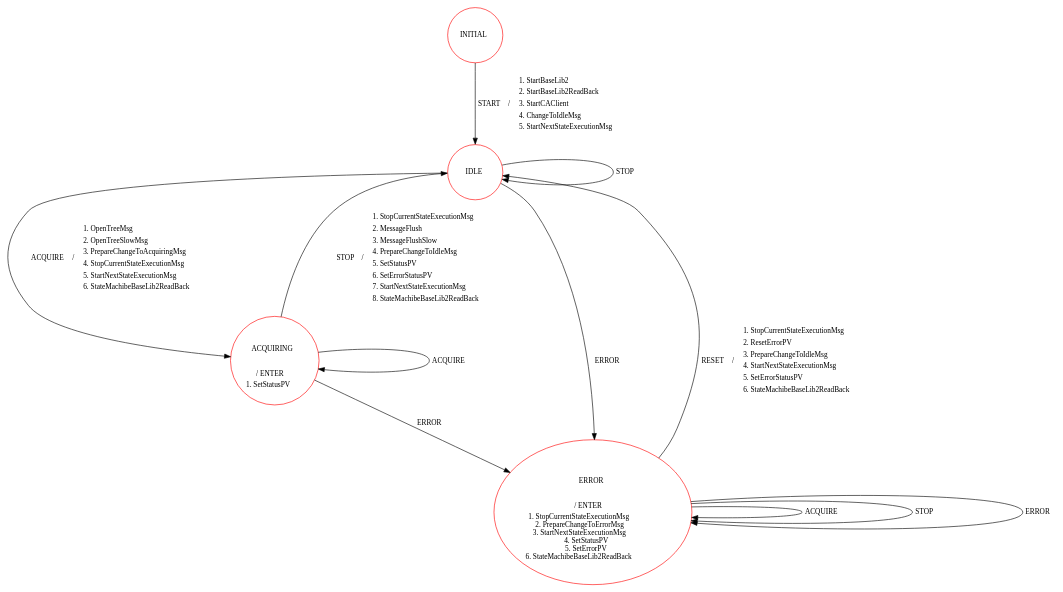
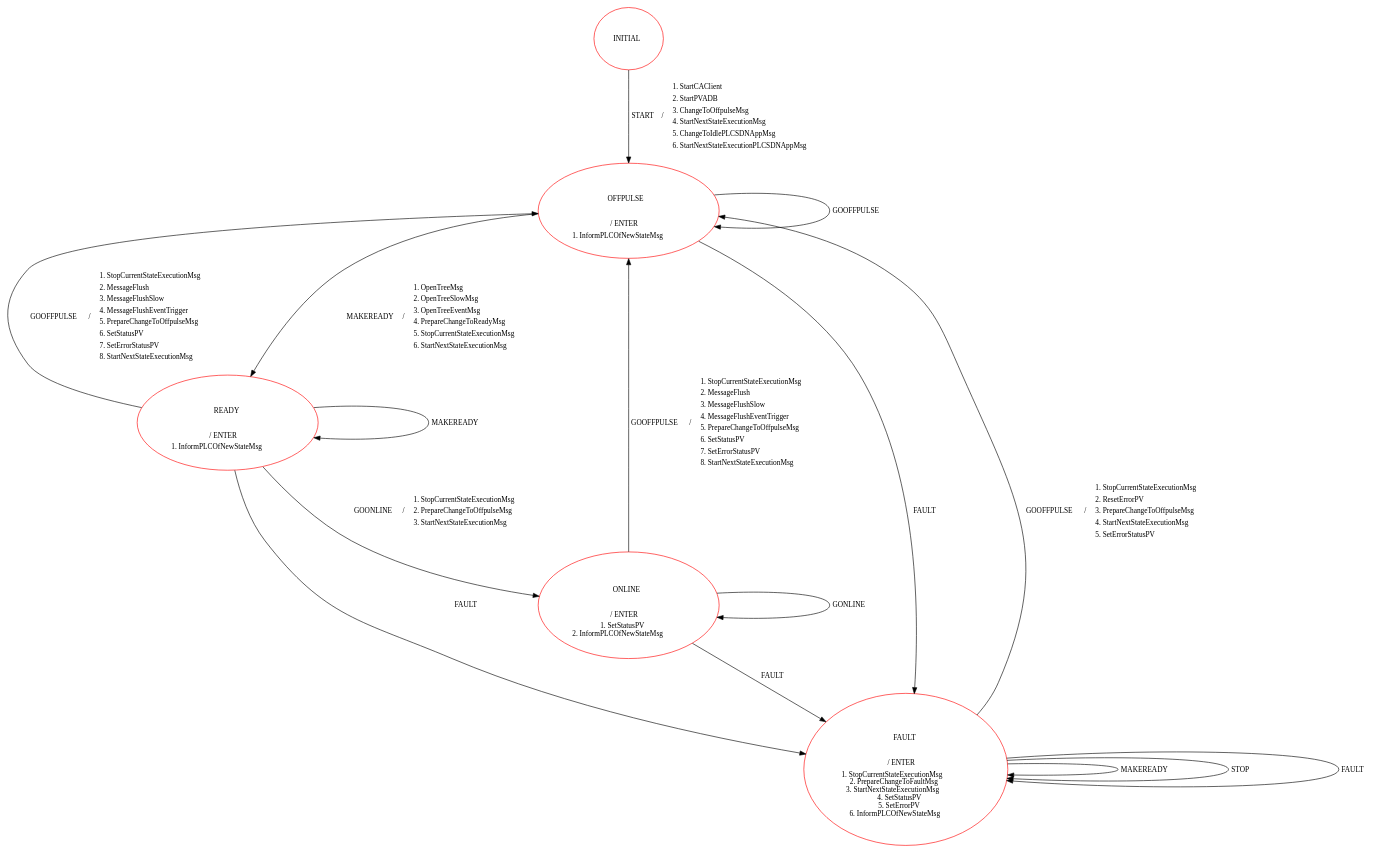
The diagram in Documentation/Images/FalconFastControlStateMachine.gv (aneto0/Fast-Control-Falcon), drawn with Graphviz before and after one commit. The commit also changed 36 other files, not shown here.

```diff
--- a/Documentation/Images/FalconFastControlStateMachine.gv
+++ b/Documentation/Images/FalconFastControlStateMachine.gv
@@ -1,19 +1,24 @@
 digraph G {
 rankdir=TD
 nodesep=2.5
-"INITIAL" [margin=0, style=filled, fillcolor=white, color=red,label=<<TABLE border="0" cellborder="0"><TR><TD width="60" height="60"><font point-size="12">INITIAL</font></TD></TR></TABLE>>]
-"IDLE" [margin=0, style=filled, fillcolor=white, color=red,label=<<TABLE border="0" cellborder="0"><TR><TD width="60" height="60"><font point-size="12">IDLE</font></TD></TR></TABLE>>]
-"ACQUIRING" [margin=0, style=filled, fillcolor=white, color=red,label=<<TABLE border="0" cellborder="0"><TR><TD width="60" height="60"><font point-size="12">ACQUIRING</font></TD></TR><TR><TD><font point-size="12"> / ENTER </font></TD></TR><TR><TD><font point-size="12">1. SetStatusPV <BR/></font></TD></TR></TABLE>>]
-"ERROR" [margin=0, style=filled, fillcolor=white, color=red,label=<<TABLE border="0" cellborder="0"><TR><TD width="60" height="60"><font point-size="12">ERROR</font></TD></TR><TR><TD><font point-size="12"> / ENTER </font></TD></TR><TR><TD><font point-size="12">1. StopCurrentStateExecutionMsg <BR/>2. PrepareChangeToErrorMsg <BR/>3. StartNextStateExecutionMsg <BR/>4. SetStatusPV <BR/>5. SetErrorPV <BR/>6. StateMachibeBaseLib2ReadBack <BR/></font></TD></TR></TABLE>>]
-"INITIAL"->"IDLE" [label= <<TABLE border="0" cellborder="0"><TR><TD ROWSPAN="5"><font point-size="12">START</font></TD><TD ALIGN="CENTER" ROWSPAN="5"><font point-size="12"> / </font></TD><TD ALIGN="LEFT"><font point-size="12">1. StartBaseLib2 </font></TD></TR><TR><TD ALIGN="LEFT"><font point-size="12">2. StartBaseLib2ReadBack </font></TD></TR><TR><TD ALIGN="LEFT"><font point-size="12">3. StartCAClient </font></TD></TR><TR><TD ALIGN="LEFT"><font point-size="12">4. ChangeToIdleMsg </font></TD></TR><TR><TD ALIGN="LEFT"><font point-size="12">5. StartNextStateExecutionMsg </font></TD></TR></TABLE>>]
-"IDLE"->"ACQUIRING" [label= <<TABLE border="0" cellborder="0"><TR><TD ROWSPAN="6"><font point-size="12">ACQUIRE</font></TD><TD ALIGN="CENTER" ROWSPAN="6"><font point-size="12"> / </font></TD><TD ALIGN="LEFT"><font point-size="12">1. OpenTreeMsg </font></TD></TR><TR><TD ALIGN="LEFT"><font point-size="12">2. OpenTreeSlowMsg </font></TD></TR><TR><TD ALIGN="LEFT"><font point-size="12">3. PrepareChangeToAcquiringMsg </font></TD></TR><TR><TD ALIGN="LEFT"><font point-size="12">4. StopCurrentStateExecutionMsg </font></TD></TR><TR><TD ALIGN="LEFT"><font point-size="12">5. StartNextStateExecutionMsg </font></TD></TR><TR><TD ALIGN="LEFT"><font point-size="12">6. StateMachibeBaseLib2ReadBack </font></TD></TR></TABLE>>]
-"IDLE"->"IDLE" [label= <<TABLE border="0" cellborder="0"><TR><TD><font point-size="12">STOP</font></TD></TR></TABLE>>]
-"IDLE"->"ERROR" [label= <<TABLE border="0" cellborder="0"><TR><TD><font point-size="12">ERROR</font></TD></TR></TABLE>>]
-"ACQUIRING"->"ERROR" [label= <<TABLE border="0" cellborder="0"><TR><TD><font point-size="12">ERROR</font></TD></TR></TABLE>>]
-"ACQUIRING"->"IDLE" [label= <<TABLE border="0" cellborder="0"><TR><TD ROWSPAN="8"><font point-size="12">STOP</font></TD><TD ALIGN="CENTER" ROWSPAN="8"><font point-size="12"> / </font></TD><TD ALIGN="LEFT"><font point-size="12">1. StopCurrentStateExecutionMsg </font></TD></TR><TR><TD ALIGN="LEFT"><font point-size="12">2. MessageFlush </font></TD></TR><TR><TD ALIGN="LEFT"><font point-size="12">3. MessageFlushSlow </font></TD></TR><TR><TD ALIGN="LEFT"><font point-size="12">4. PrepareChangeToIdleMsg </font></TD></TR><TR><TD ALIGN="LEFT"><font point-size="12">5. SetStatusPV </font></TD></TR><TR><TD ALIGN="LEFT"><font point-size="12">6. SetErrorStatusPV </font></TD></TR><TR><TD ALIGN="LEFT"><font point-size="12">7. StartNextStateExecutionMsg </font></TD></TR><TR><TD ALIGN="LEFT"><font point-size="12">8. StateMachibeBaseLib2ReadBack </font></TD></TR></TABLE>>]
-"ACQUIRING"->"ACQUIRING" [label= <<TABLE border="0" cellborder="0"><TR><TD><font point-size="12">ACQUIRE</font></TD></TR></TABLE>>]
-"ERROR"->"IDLE" [label= <<TABLE border="0" cellborder="0"><TR><TD ROWSPAN="6"><font point-size="12">RESET</font></TD><TD ALIGN="CENTER" ROWSPAN="6"><font point-size="12"> / </font></TD><TD ALIGN="LEFT"><font point-size="12">1. StopCurrentStateExecutionMsg </font></TD></TR><TR><TD ALIGN="LEFT"><font point-size="12">2. ResetErrorPV </font></TD></TR><TR><TD ALIGN="LEFT"><font point-size="12">3. PrepareChangeToIdleMsg </font></TD></TR><TR><TD ALIGN="LEFT"><font point-size="12">4. StartNextStateExecutionMsg </font></TD></TR><TR><TD ALIGN="LEFT"><font point-size="12">5. SetErrorStatusPV </font></TD></TR><TR><TD ALIGN="LEFT"><font point-size="12">6. StateMachibeBaseLib2ReadBack </font></TD></TR></TABLE>>]
-"ERROR"->"ERROR" [label= <<TABLE border="0" cellborder="0"><TR><TD><font point-size="12">ACQUIRE</font></TD></TR></TABLE>>]
-"ERROR"->"ERROR" [label= <<TABLE border="0" cellborder="0"><TR><TD><font point-size="12">STOP</font></TD></TR></TABLE>>]
-"ERROR"->"ERROR" [label= <<TABLE border="0" cellborder="0"><TR><TD><font point-size="12">ERROR</font></TD></TR></TABLE>>]
+"INITIAL" [style=filled, fillcolor=white, color=red,label=<<TABLE border="0" cellborder="0"><TR><TD width="60" height="60"><font point-size="12">INITIAL</font></TD></TR></TABLE>>]
+"OFFPULSE" [style=filled, fillcolor=white, color=red,label=<<TABLE border="0" cellborder="0"><TR><TD width="60" height="60"><font point-size="12">OFFPULSE</font></TD></TR><TR><TD><font point-size="12"> / ENTER </font></TD></TR><TR><TD><font point-size="12">1. InformPLCOfNewStateMsg <BR/></font></TD></TR></TABLE>>]
+"READY" [style=filled, fillcolor=white, color=red,label=<<TABLE border="0" cellborder="0"><TR><TD width="60" height="60"><font point-size="12">READY</font></TD></TR><TR><TD><font point-size="12"> / ENTER </font></TD></TR><TR><TD><font point-size="12">1. InformPLCOfNewStateMsg <BR/></font></TD></TR></TABLE>>]
+"ONLINE" [style=filled, fillcolor=white, color=red,label=<<TABLE border="0" cellborder="0"><TR><TD width="60" height="60"><font point-size="12">ONLINE</font></TD></TR><TR><TD><font point-size="12"> / ENTER </font></TD></TR><TR><TD><font point-size="12">1. SetStatusPV <BR/>2. InformPLCOfNewStateMsg <BR/></font></TD></TR></TABLE>>]
+"FAULT" [style=filled, fillcolor=white, color=red,label=<<TABLE border="0" cellborder="0"><TR><TD width="60" height="60"><font point-size="12">FAULT</font></TD></TR><TR><TD><font point-size="12"> / ENTER </font></TD></TR><TR><TD><font point-size="12">1. StopCurrentStateExecutionMsg <BR/>2. PrepareChangeToFaultMsg <BR/>3. StartNextStateExecutionMsg <BR/>4. SetStatusPV <BR/>5. SetErrorPV <BR/>6. InformPLCOfNewStateMsg <BR/></font></TD></TR></TABLE>>]
+"INITIAL"->"OFFPULSE" [label= <<TABLE border="0" cellborder="0"><TR><TD ROWSPAN="6"><font point-size="12">START</font></TD><TD ALIGN="CENTER" ROWSPAN="6"><font point-size="12"> / </font></TD><TD ALIGN="LEFT"><font point-size="12">1. StartCAClient </font></TD></TR><TR><TD ALIGN="LEFT"><font point-size="12">2. StartPVADB </font></TD></TR><TR><TD ALIGN="LEFT"><font point-size="12">3. ChangeToOffpulseMsg </font></TD></TR><TR><TD ALIGN="LEFT"><font point-size="12">4. StartNextStateExecutionMsg </font></TD></TR><TR><TD ALIGN="LEFT"><font point-size="12">5. ChangeToIdlePLCSDNAppMsg </font></TD></TR><TR><TD ALIGN="LEFT"><font point-size="12">6. StartNextStateExecutionPLCSDNAppMsg </font></TD></TR></TABLE>>]
+"OFFPULSE"->"READY" [label= <<TABLE border="0" cellborder="0"><TR><TD ROWSPAN="6"><font point-size="12">MAKEREADY</font></TD><TD ALIGN="CENTER" ROWSPAN="6"><font point-size="12"> / </font></TD><TD ALIGN="LEFT"><font point-size="12">1. OpenTreeMsg </font></TD></TR><TR><TD ALIGN="LEFT"><font point-size="12">2. OpenTreeSlowMsg </font></TD></TR><TR><TD ALIGN="LEFT"><font point-size="12">3. OpenTreeEventMsg </font></TD></TR><TR><TD ALIGN="LEFT"><font point-size="12">4. PrepareChangeToReadyMsg </font></TD></TR><TR><TD ALIGN="LEFT"><font point-size="12">5. StopCurrentStateExecutionMsg </font></TD></TR><TR><TD ALIGN="LEFT"><font point-size="12">6. StartNextStateExecutionMsg </font></TD></TR></TABLE>>]
+"OFFPULSE"->"OFFPULSE" [label= <<TABLE border="0" cellborder="0"><TR><TD><font point-size="12">GOOFFPULSE</font></TD></TR></TABLE>>]
+"OFFPULSE"->"FAULT" [label= <<TABLE border="0" cellborder="0"><TR><TD><font point-size="12">FAULT</font></TD></TR></TABLE>>]
+"READY"->"FAULT" [label= <<TABLE border="0" cellborder="0"><TR><TD><font point-size="12">FAULT</font></TD></TR></TABLE>>]
+"READY"->"ONLINE" [label= <<TABLE border="0" cellborder="0"><TR><TD ROWSPAN="3"><font point-size="12">GOONLINE</font></TD><TD ALIGN="CENTER" ROWSPAN="3"><font point-size="12"> / </font></TD><TD ALIGN="LEFT"><font point-size="12">1. StopCurrentStateExecutionMsg </font></TD></TR><TR><TD ALIGN="LEFT"><font point-size="12">2. PrepareChangeToOffpulseMsg </font></TD></TR><TR><TD ALIGN="LEFT"><font point-size="12">3. StartNextStateExecutionMsg </font></TD></TR></TABLE>>]
+"READY"->"OFFPULSE" [label= <<TABLE border="0" cellborder="0"><TR><TD ROWSPAN="8"><font point-size="12">GOOFFPULSE</font></TD><TD ALIGN="CENTER" ROWSPAN="8"><font point-size="12"> / </font></TD><TD ALIGN="LEFT"><font point-size="12">1. StopCurrentStateExecutionMsg </font></TD></TR><TR><TD ALIGN="LEFT"><font point-size="12">2. MessageFlush </font></TD></TR><TR><TD ALIGN="LEFT"><font point-size="12">3. MessageFlushSlow </font></TD></TR><TR><TD ALIGN="LEFT"><font point-size="12">4. MessageFlushEventTrigger </font></TD></TR><TR><TD ALIGN="LEFT"><font point-size="12">5. PrepareChangeToOffpulseMsg </font></TD></TR><TR><TD ALIGN="LEFT"><font point-size="12">6. SetStatusPV </font></TD></TR><TR><TD ALIGN="LEFT"><font point-size="12">7. SetErrorStatusPV </font></TD></TR><TR><TD ALIGN="LEFT"><font point-size="12">8. StartNextStateExecutionMsg </font></TD></TR></TABLE>>]
+"READY"->"READY" [label= <<TABLE border="0" cellborder="0"><TR><TD><font point-size="12">MAKEREADY</font></TD></TR></TABLE>>]
+"ONLINE"->"FAULT" [label= <<TABLE border="0" cellborder="0"><TR><TD><font point-size="12">FAULT</font></TD></TR></TABLE>>]
+"ONLINE"->"OFFPULSE" [label= <<TABLE border="0" cellborder="0"><TR><TD ROWSPAN="8"><font point-size="12">GOOFFPULSE</font></TD><TD ALIGN="CENTER" ROWSPAN="8"><font point-size="12"> / </font></TD><TD ALIGN="LEFT"><font point-size="12">1. StopCurrentStateExecutionMsg </font></TD></TR><TR><TD ALIGN="LEFT"><font point-size="12">2. MessageFlush </font></TD></TR><TR><TD ALIGN="LEFT"><font point-size="12">3. MessageFlushSlow </font></TD></TR><TR><TD ALIGN="LEFT"><font point-size="12">4. MessageFlushEventTrigger </font></TD></TR><TR><TD ALIGN="LEFT"><font point-size="12">5. PrepareChangeToOffpulseMsg </font></TD></TR><TR><TD ALIGN="LEFT"><font point-size="12">6. SetStatusPV </font></TD></TR><TR><TD ALIGN="LEFT"><font point-size="12">7. SetErrorStatusPV </font></TD></TR><TR><TD ALIGN="LEFT"><font point-size="12">8. StartNextStateExecutionMsg </font></TD></TR></TABLE>>]
+"ONLINE"->"ONLINE" [label= <<TABLE border="0" cellborder="0"><TR><TD><font point-size="12">GONLINE</font></TD></TR></TABLE>>]
+"FAULT"->"OFFPULSE" [label= <<TABLE border="0" cellborder="0"><TR><TD ROWSPAN="5"><font point-size="12">GOOFFPULSE</font></TD><TD ALIGN="CENTER" ROWSPAN="5"><font point-size="12"> / </font></TD><TD ALIGN="LEFT"><font point-size="12">1. StopCurrentStateExecutionMsg </font></TD></TR><TR><TD ALIGN="LEFT"><font point-size="12">2. ResetErrorPV </font></TD></TR><TR><TD ALIGN="LEFT"><font point-size="12">3. PrepareChangeToOffpulseMsg </font></TD></TR><TR><TD ALIGN="LEFT"><font point-size="12">4. StartNextStateExecutionMsg </font></TD></TR><TR><TD ALIGN="LEFT"><font point-size="12">5. SetErrorStatusPV </font></TD></TR></TABLE>>]
+"FAULT"->"FAULT" [label= <<TABLE border="0" cellborder="0"><TR><TD><font point-size="12">MAKEREADY</font></TD></TR></TABLE>>]
+"FAULT"->"FAULT" [label= <<TABLE border="0" cellborder="0"><TR><TD><font point-size="12">STOP</font></TD></TR></TABLE>>]
+"FAULT"->"FAULT" [label= <<TABLE border="0" cellborder="0"><TR><TD><font point-size="12">FAULT</font></TD></TR></TABLE>>]
 }
```
